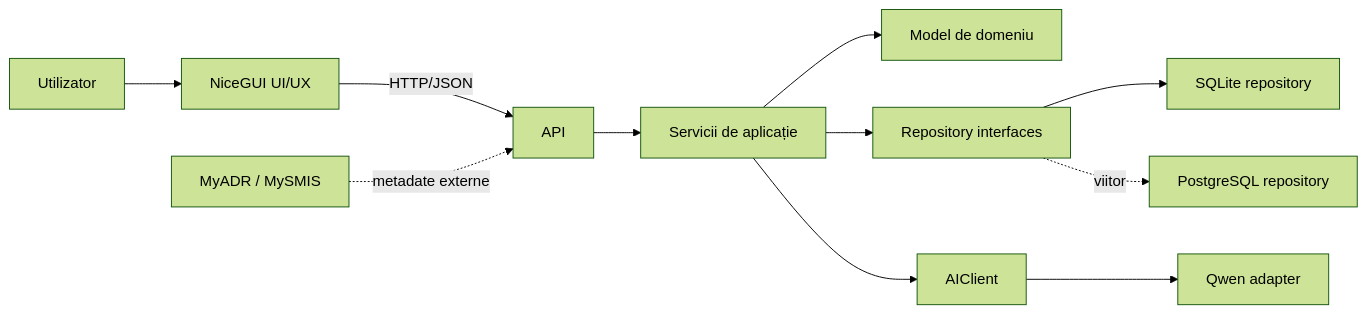
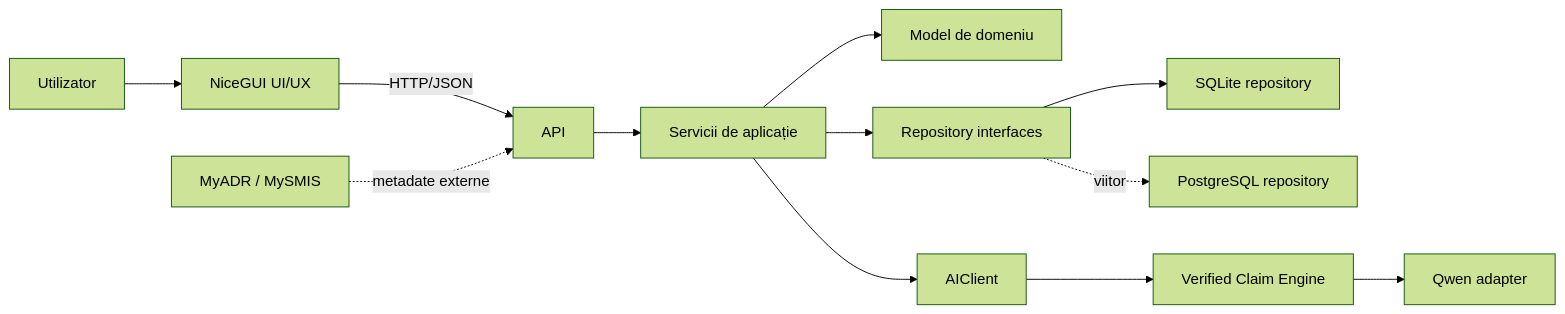
One commit to lupumihnea/chiatraton-adr-nord-est changed the diagram in docs/architecture.md. Above: the diagram before and after it, drawn with Mermaid (forest theme). The commit also changed other lines of this file and 22 other files, not shown here.

````diff
--- a/docs/architecture.md
+++ b/docs/architecture.md
@@ -7,13 +7,14 @@
 ```mermaid
 flowchart LR
     U[Utilizator] --> UI[NiceGUI UI/UX]
     UI -->|HTTP/JSON| API[API]
     EXT[MyADR / MySMIS] -. metadate externe .-> API
     API --> APP[Servicii de aplicație]
     APP --> DOMAIN[Model de domeniu]
     APP --> RI[Repository interfaces]
     RI --> SQLA[SQLite repository]
     RI -. viitor .-> PGA[PostgreSQL repository]
     APP --> AIC[AIClient]
-    AIC --> QW[Qwen adapter]
+    AIC --> GCE[Verified Claim Engine]
+    GCE --> QW[Qwen adapter]
 ```
````
